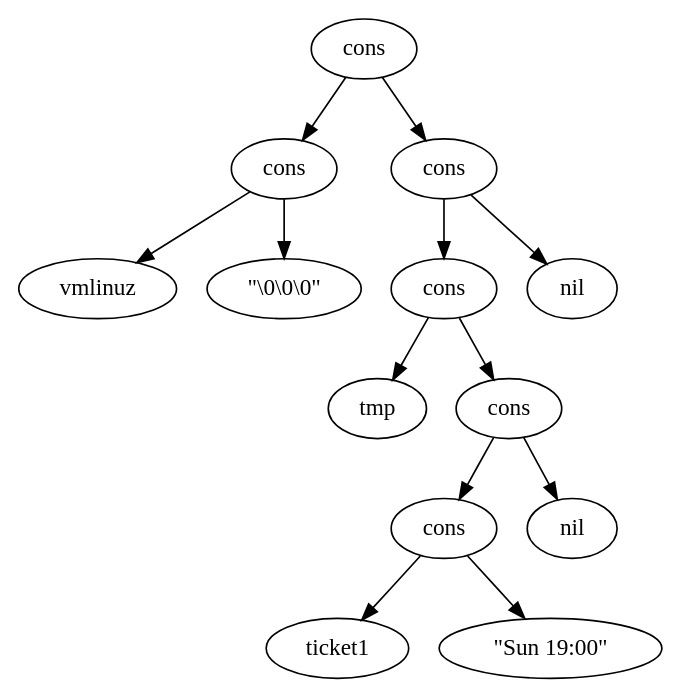
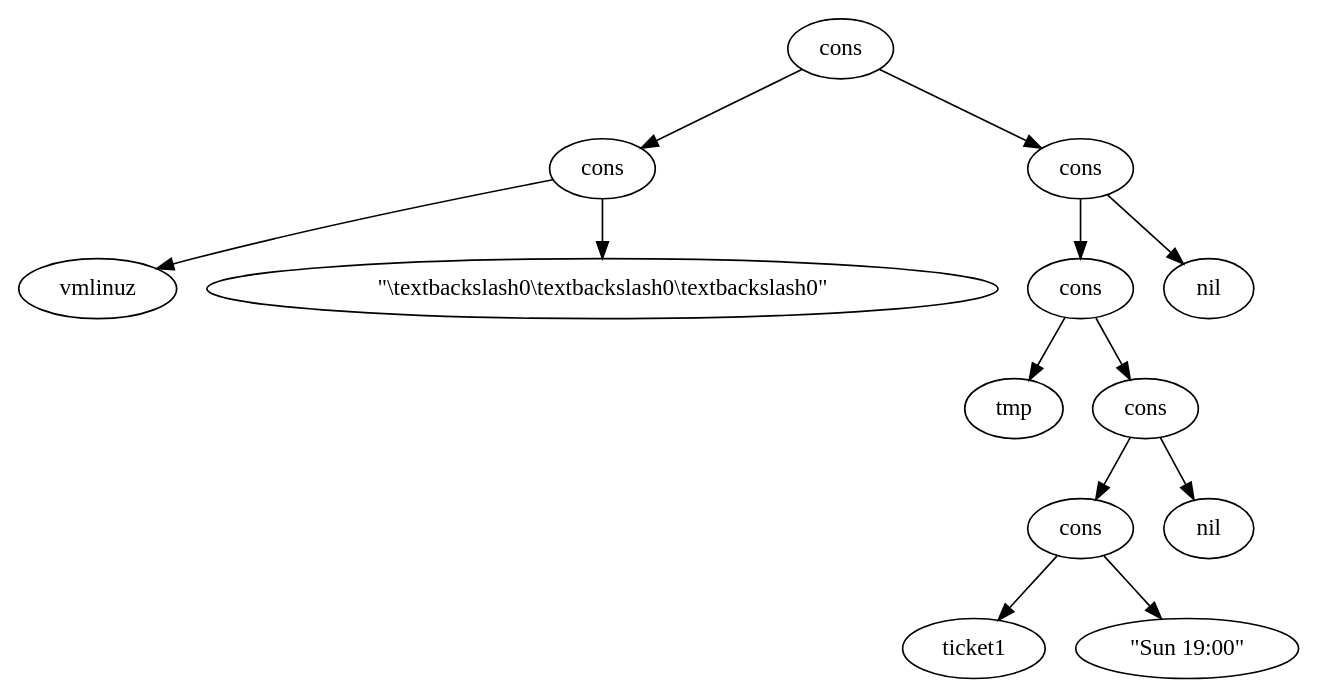
One commit to airbornemihir/a-verified-fs changed the diagram in slides/l1-1.dot. Above: the diagram before and after it, drawn with Graphviz. The commit also changed 17 other files, not shown here.

```diff
--- a/slides/l1-1.dot
+++ b/slides/l1-1.dot
@@ -1,27 +1,27 @@
 digraph G {
   1 [label="cons"];
   2 [label="cons"];
   1 -> 2;
   3 [label="vmlinuz"];
   2 -> 3;
-  4 [label="\"\\0\\0\\0\""];
+  4 [label="\"\\textbackslash0\\textbackslash0\\textbackslash0\""];
   2 -> 4;
   5 [label="cons"];
   1 -> 5;
   6 [label="cons"];
   5 -> 6
   7 [label="tmp"];
   6 -> 7;
   8 [label="cons"];
   6 -> 8;
   9 [label="cons"];
   8 -> 9;
   10 [label="ticket1"];
   9 -> 10;
   11 [label="\"Sun 19:00\""];
   9 -> 11;
   12 [label="nil"];
   8 -> 12;
   13 [label="nil"];
   5 -> 13;
 }
```
